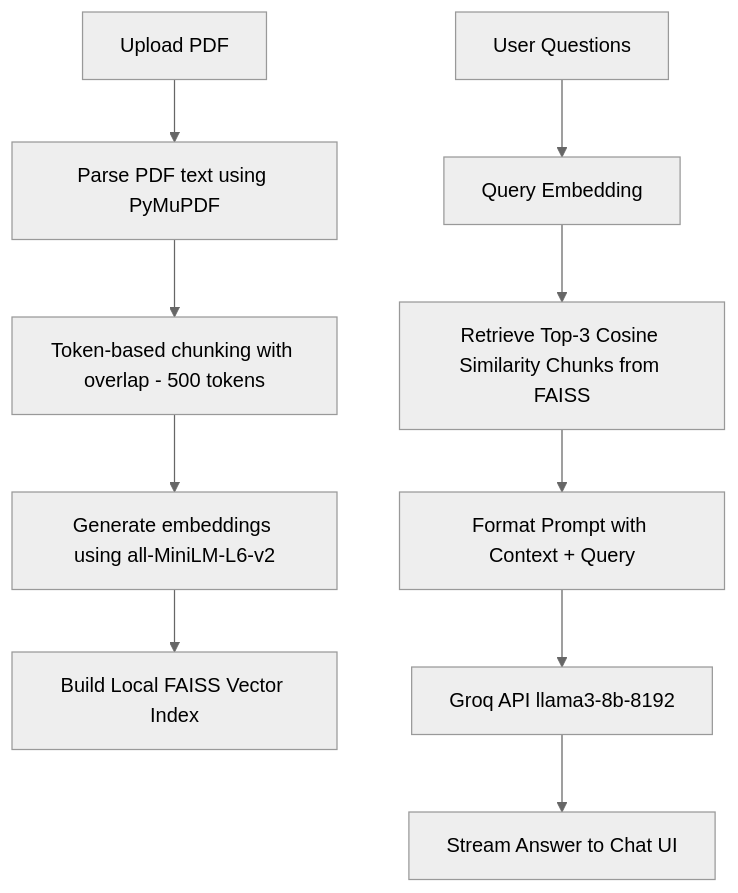
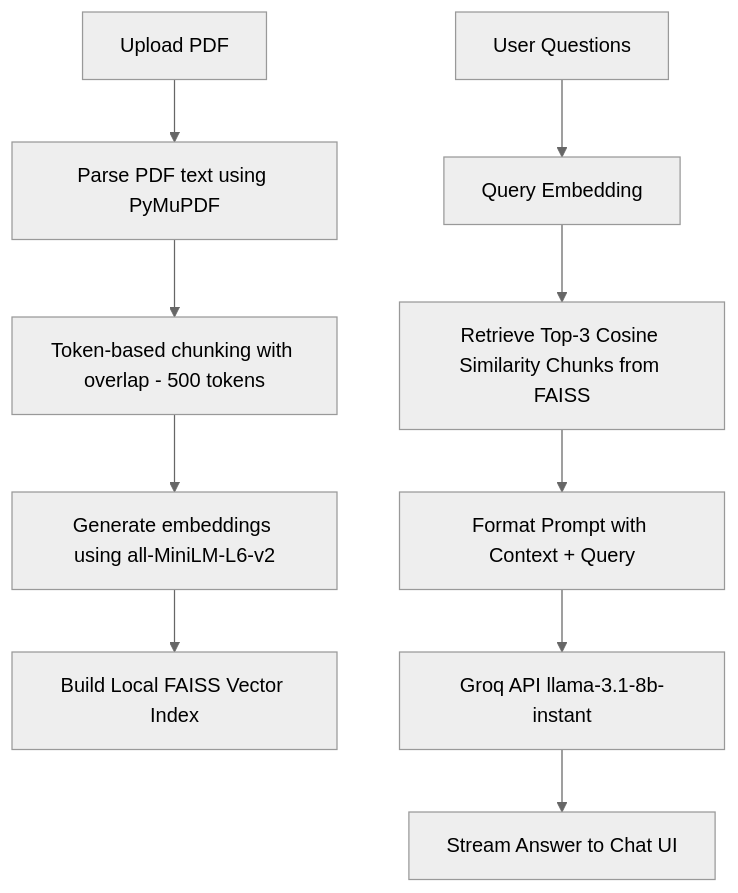
Before and after one commit to Harsh33t/DocuMID: the diagram in README.md, drawn with Mermaid (neutral theme). The commit also changed 1 other file, not shown here.

Commit message:
updated Groq model to llama-3.1-8b-instant

````diff
--- a/README.md
+++ b/README.md
@@ -30,12 +30,12 @@
 ```mermaid
 graph TD
     A[Upload PDF] --> B[Parse PDF text using PyMuPDF]
     B --> C[Token-based chunking with overlap - 500 tokens]
     C --> D[Generate embeddings using all-MiniLM-L6-v2]
     D --> E[Build Local FAISS Vector Index]
     F[User Questions] --> G[Query Embedding]
     G --> H[Retrieve Top-3 Cosine Similarity Chunks from FAISS]
     H --> I[Format Prompt with Context + Query]
-    I --> J[Groq API llama3-8b-8192]
+    I --> J[Groq API llama-3.1-8b-instant]
     J --> K[Stream Answer to Chat UI]
 ```
````
